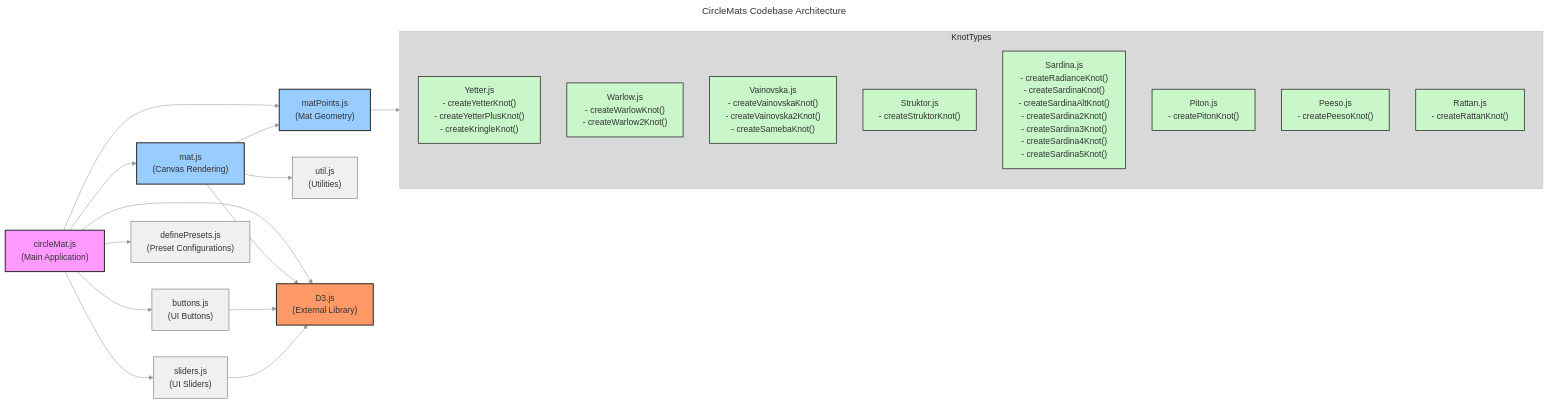
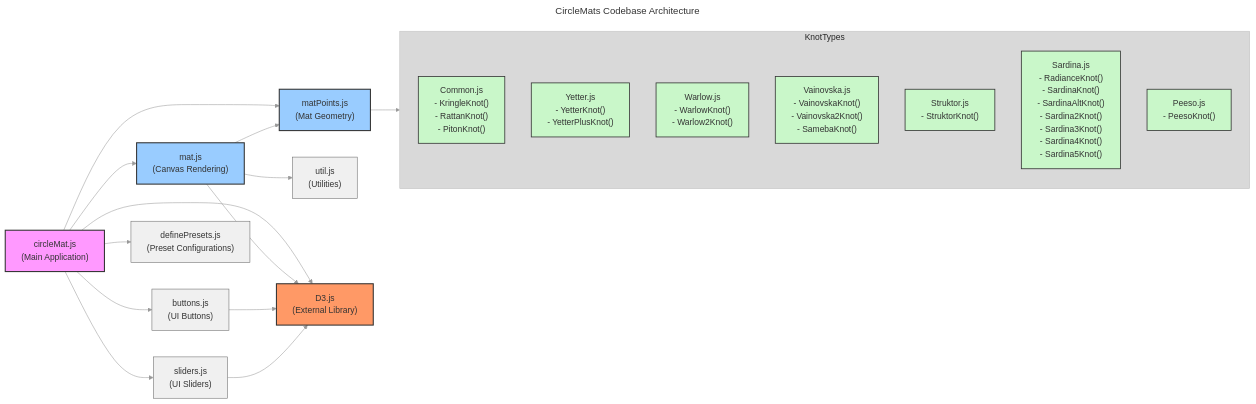
The diagram in code-relationships.mmd (Scott-Y-Hall/CircleMats), drawn with Mermaid before and after one commit. The commit also changed 8 other files, not shown here.

```diff
--- a/code-relationships.mmd
+++ b/code-relationships.mmd
@@ -1,61 +1,60 @@
 ---
 title: CircleMats Codebase Architecture
 description: Visualization of module relationships and dependencies in the CircleMats project.
 ---
 
 %%{init: {'theme': 'base', 'themeVariables': { 'primaryColor': '#f0f0f0', 'primaryTextColor': '#333', 'primaryBorderColor': '#666', 'lineColor': '#999', 'secondaryColor': '#e6e6e6', 'tertiaryColor': '#d9d9d9'}}}%%
 
 graph LR
     %% Main Application File
     circleMat.js["circleMat.js<br/>(Main Application)"]
     
     %% Core Modules
     mat.js["mat.js<br/>(Canvas Rendering)"]
     matPoints.js["matPoints.js<br/>(Mat Geometry)"]
     
     %% UI Components
     buttons.js["buttons.js<br/>(UI Buttons)"]
     sliders.js["sliders.js<br/>(UI Sliders)"]
     
     %% Knot Implementations
     subgraph "KnotTypes"
-        Yetter["Yetter.js<br/>- createYetterKnot()<br/>- createYetterPlusKnot()<br/>- createKringleKnot()"]
-        Warlow["Warlow.js<br/>- createWarlowKnot()<br/>- createWarlow2Knot()"]
-        Vainovska["Vainovska.js<br/>- createVainovskaKnot()<br/>- createVainovska2Knot()<br/>- createSamebaKnot()"]
-        Struktor["Struktor.js<br/>- createStruktorKnot()"]
-        Sardina["Sardina.js<br/>- createRadianceKnot()<br/>- createSardinaKnot()<br/>- createSardinaAltKnot()<br/>- createSardina2Knot()<br/>- createSardina3Knot()<br/>- createSardina4Knot()<br/>- createSardina5Knot()"]
-        Piton["Piton.js<br/>- createPitonKnot()"]
-        Peeso["Peeso.js<br/>- createPeesoKnot()"]
-        Rattan["Rattan.js<br/>- createRattanKnot()"]
+        Common["Common.js<br/>- KringleKnot()<br/>- RattanKnot()<br/>- PitonKnot()"]
+        Yetter["Yetter.js<br/>- YetterKnot()<br/>- YetterPlusKnot()"]
+        Warlow["Warlow.js<br/>- WarlowKnot()<br/>- Warlow2Knot()"]
+        Vainovska["Vainovska.js<br/>- VainovskaKnot()<br/>- Vainovska2Knot()<br/>- SamebaKnot()"]
+        Struktor["Struktor.js<br/>- StruktorKnot()"]
+        Sardina["Sardina.js<br/>- RadianceKnot()<br/>- SardinaKnot()<br/>- SardinaAltKnot()<br/>- Sardina2Knot()<br/>- Sardina3Knot()<br/>- Sardina4Knot()<br/>- Sardina5Knot()"]
+        Peeso["Peeso.js<br/>- PeesoKnot()"]
     end
     
     %% Utility
     util.js["util.js<br/>(Utilities)"]
     definePresets.js["definePresets.js<br/>(Preset Configurations)"]
     
     %% D3.js Dependency
     D3["D3.js<br/>(External Library)"]
     
     %% Relationships
     circleMat.js --> D3
     circleMat.js --> mat.js
     circleMat.js --> matPoints.js
     circleMat.js --> buttons.js
     circleMat.js --> sliders.js
     circleMat.js --> definePresets.js
     
     mat.js --> matPoints.js
     mat.js --> util.js
     mat.js --> D3
     
     buttons.js --> D3
     sliders.js --> D3
     matPoints.js --> KnotTypes    
     
     style circleMat.js fill:#f9f,stroke:#333,stroke-width:2px
     style D3 fill:#f96,stroke:#333,stroke-width:2px
     style mat.js fill:#9cf,stroke:#333,stroke-width:2px
     style matPoints.js fill:#9cf,stroke:#333,stroke-width:2px
     
     classDef knot fill:#c9f7c9,stroke:#333,stroke-width:1.5px
-    class Yetter,Warlow,Vainovska,Struktor,Sardina,Piton,Peeso,Rattan knot
+    class Common,Yetter,Warlow,Vainovska,Struktor,Sardina,Piton,Peeso knot
```
